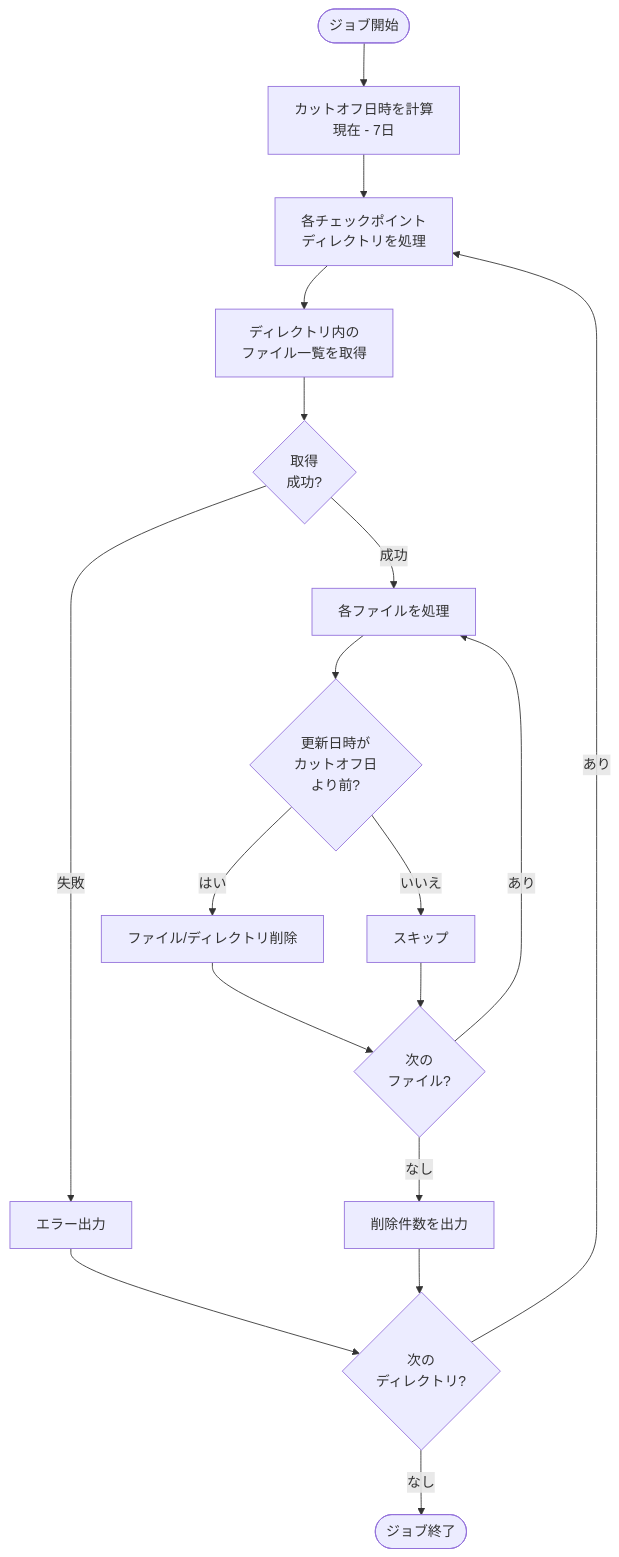
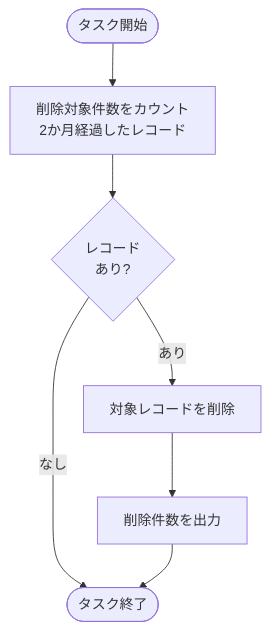
One commit to NSW-SVCP-AIWG002/Databricks-IoT changed the fourth of 5 diagrams in docs/03-features/batch/oltp-cleanup/job-specification.md. Above: the diagram before and after it, drawn with Mermaid. The commit also changed other lines of this file and 3 other files, not shown here.

````diff
--- a/docs/03-features/batch/oltp-cleanup/job-specification.md
+++ b/docs/03-features/batch/oltp-cleanup/job-specification.md
@@ -330,27 +367,9 @@
 ```mermaid
 flowchart TD
-    Start([ジョブ開始]) --> Cutoff[カットオフ日時を計算<br>現在 - 7日]
-    Cutoff --> DirLoop[各チェックポイント<br>ディレクトリを処理]
-
-    DirLoop --> ListFiles[ディレクトリ内の<br>ファイル一覧を取得]
-    ListFiles --> ListResult{取得<br>成功?}
-
-    ListResult -->|失敗| DirError[エラー出力]
-    ListResult -->|成功| FileLoop[各ファイルを処理]
-
-    FileLoop --> CheckDate{更新日時が<br>カットオフ日<br>より前?}
-    CheckDate -->|はい| Delete[ファイル/ディレクトリ削除]
-    CheckDate -->|いいえ| Skip[スキップ]
-
-    Delete --> NextFile{次の<br>ファイル?}
-    Skip --> NextFile
-
-    NextFile -->|あり| FileLoop
-    NextFile -->|なし| Log[削除件数を出力]
-
-    DirError --> NextDir{次の<br>ディレクトリ?}
-    Log --> NextDir
-
-    NextDir -->|あり| DirLoop
-    NextDir -->|なし| End([ジョブ終了])
+    Start([タスク開始]) --> Count[削除対象件数をカウント<br>2か月経過したレコード]
+    Count --> Check{レコード<br>あり?}
+    Check -->|なし| End([タスク終了])
+    Check -->|あり| Delete[対象レコードを削除]
+    Delete --> Log[削除件数を出力]
+    Log --> End
 ```
````
